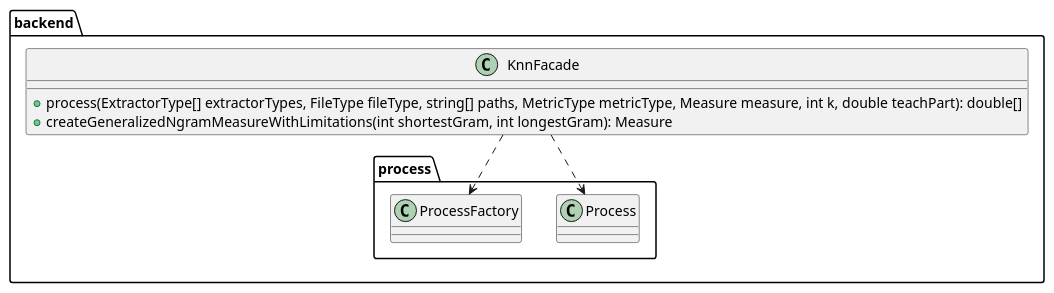
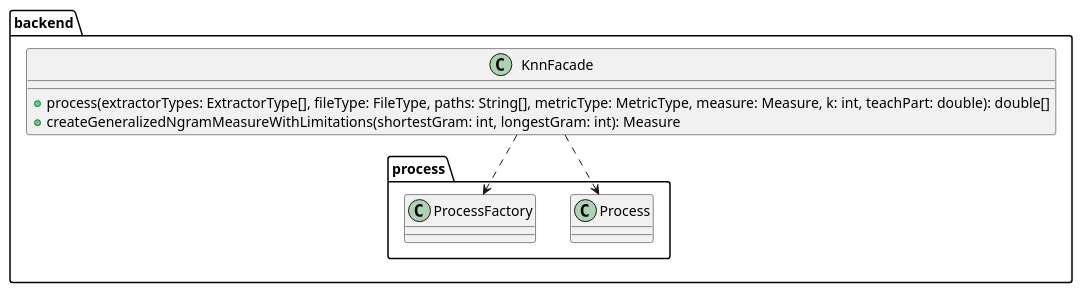
The tenth of 10 diagrams in README.md (kambed/Computer-Recognition-Systems), drawn with PlantUML before and after one commit. The commit also changed other lines of this file, not shown here.

Commit message:
UML fixes

````diff
--- a/README.md
+++ b/README.md
@@ -416,15 +416,15 @@
 ```plantuml
 top to bottom direction
 package backend {
     class KnnFacade {
-        + process(ExtractorType[] extractorTypes, FileType fileType, string[] paths, MetricType metricType, Measure measure, int k, double teachPart): double[]
-        + createGeneralizedNgramMeasureWithLimitations(int shortestGram, int longestGram): Measure
+        + process(extractorTypes: ExtractorType[], fileType: FileType, paths: String[], metricType: MetricType, measure: Measure, k: int, teachPart: double): double[]
+        + createGeneralizedNgramMeasureWithLimitations(shortestGram: int, longestGram: int): Measure
     }
     package process {
         class Process
         class ProcessFactory
     }
     KnnFacade ..> ProcessFactory
     KnnFacade ..> Process
 }
 ```
````
